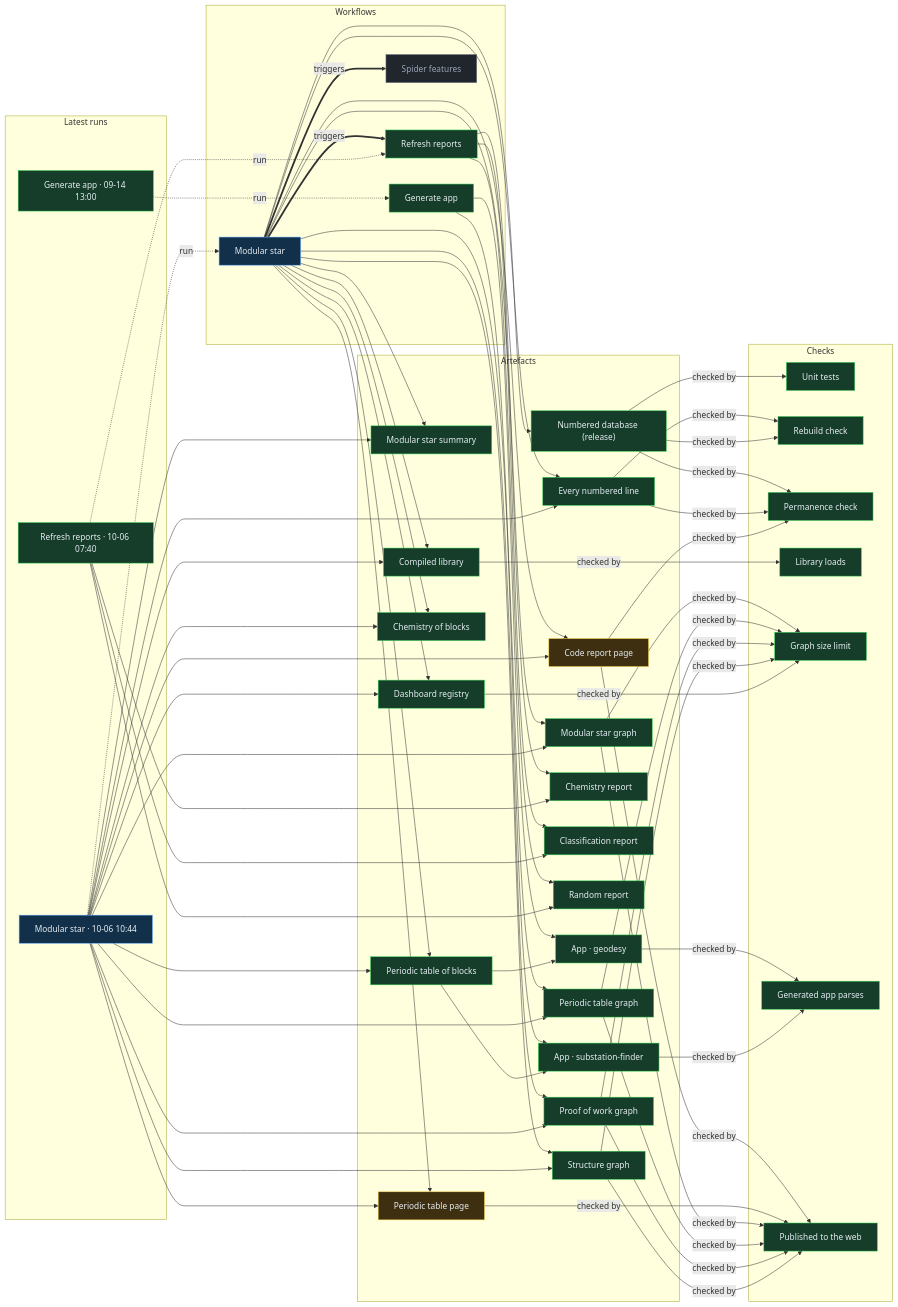
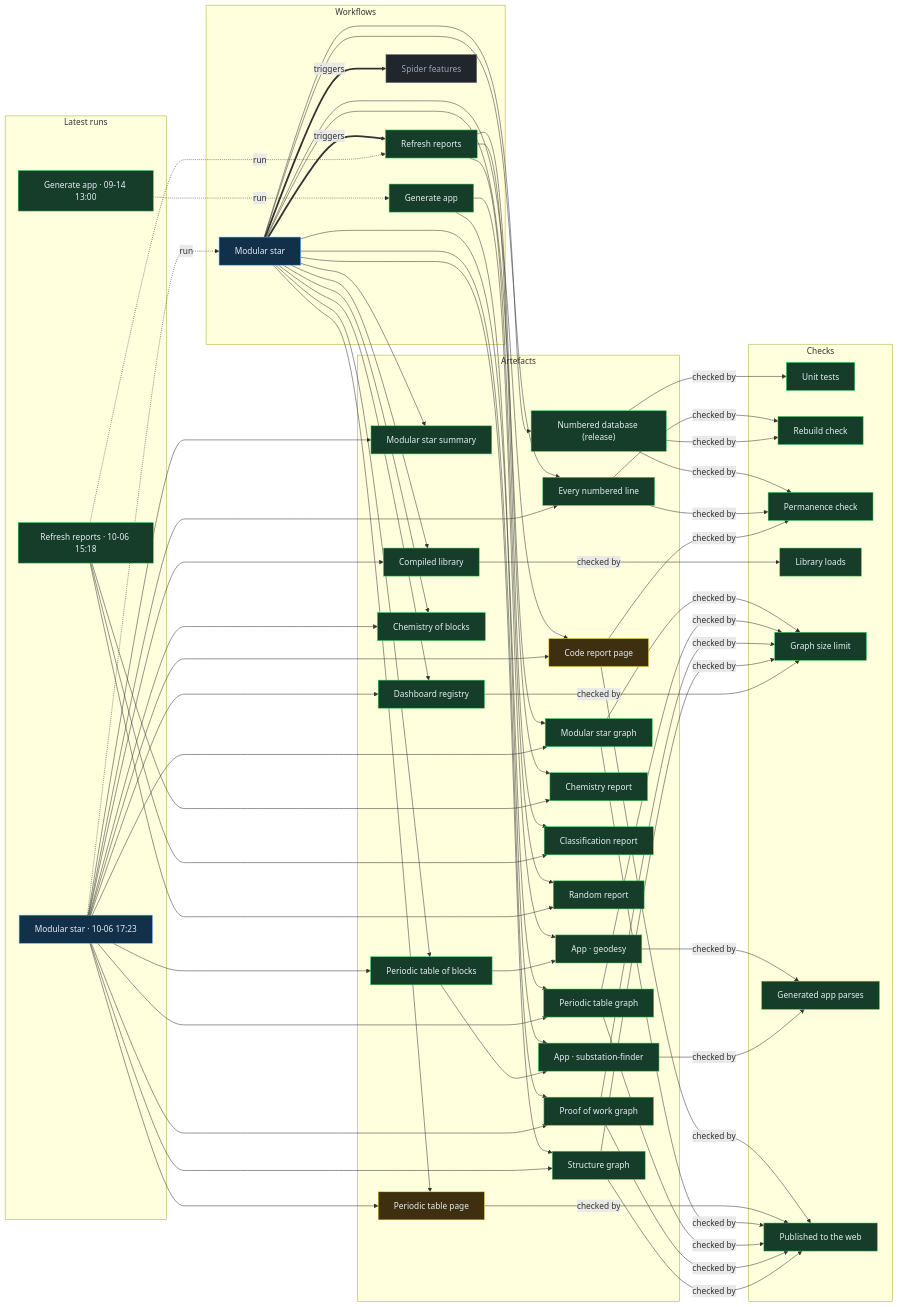
One commit to Ventusltd/stars changed the diagram in proof/PROOF.md. Above: the diagram before and after it, drawn with Mermaid. The commit also changed other lines of this file and 34 other files, not shown here.

Commit message:
Modular star 2026-10-06T17:25Z

```diff
--- a/proof/PROOF.md
+++ b/proof/PROOF.md
@@ -24,8 +24,8 @@
   n_wf_spider_features["Spider features"]:::off
   end
   subgraph g_runs["Latest runs"]
-  n_run_37451802702["Modular star · 10-06 10:44"]:::live
-  n_run_37431109423["Refresh reports · 10-06 07:40"]:::ok
+  n_run_37503162626["Modular star · 10-06 17:23"]:::live
+  n_run_37486415772["Refresh reports · 10-06 15:18"]:::ok
   n_run_34846587798["Generate app · 09-14 13:00"]:::ok
   end
   subgraph g_artefacts["Artefacts"]
@@ -59,39 +59,39 @@
   end
   n_wf_modular_star == triggers ==> n_wf_refresh
   n_wf_modular_star == triggers ==> n_wf_spider_features
-  n_run_37451802702 -. run .-> n_wf_modular_star
-  n_run_37431109423 -. run .-> n_wf_refresh
+  n_run_37503162626 -. run .-> n_wf_modular_star
+  n_run_37486415772 -. run .-> n_wf_refresh
   n_run_34846587798 -. run .-> n_wf_generate
   n_wf_modular_star --> n_art_summary
-  n_run_37451802702 --> n_art_summary
+  n_run_37503162626 --> n_art_summary
   n_wf_modular_star --> n_art_lines
-  n_run_37451802702 --> n_art_lines
+  n_run_37503162626 --> n_art_lines
   n_wf_modular_star --> n_art_code
-  n_run_37451802702 --> n_art_code
+  n_run_37503162626 --> n_art_code
   n_wf_modular_star --> n_art_modular_graph
-  n_run_37451802702 --> n_art_modular_graph
+  n_run_37503162626 --> n_art_modular_graph
   n_wf_modular_star --> n_art_blocks
-  n_run_37451802702 --> n_art_blocks
+  n_run_37503162626 --> n_art_blocks
   n_wf_modular_star --> n_art_table
-  n_run_37451802702 --> n_art_table
+  n_run_37503162626 --> n_art_table
   n_wf_modular_star --> n_art_blocks_graph
-  n_run_37451802702 --> n_art_blocks_graph
+  n_run_37503162626 --> n_art_blocks_graph
   n_wf_modular_star --> n_art_reactions
-  n_run_37451802702 --> n_art_reactions
+  n_run_37503162626 --> n_art_reactions
   n_wf_modular_star --> n_art_library
-  n_run_37451802702 --> n_art_library
+  n_run_37503162626 --> n_art_library
   n_wf_modular_star --> n_art_features
-  n_run_37451802702 --> n_art_features
+  n_run_37503162626 --> n_art_features
   n_wf_modular_star --> n_art_proof
-  n_run_37451802702 --> n_art_proof
+  n_run_37503162626 --> n_art_proof
   n_wf_modular_star --> n_art_structure
-  n_run_37451802702 --> n_art_structure
+  n_run_37503162626 --> n_art_structure
   n_wf_refresh --> n_art_chemistry
-  n_run_37431109423 --> n_art_chemistry
+  n_run_37486415772 --> n_art_chemistry
   n_wf_refresh --> n_art_vedic
-  n_run_37431109423 --> n_art_vedic
+  n_run_37486415772 --> n_art_vedic
   n_wf_refresh --> n_art_random
-  n_run_37431109423 --> n_art_random
+  n_run_37486415772 --> n_art_random
   n_wf_modular_star --> n_art_release
   n_wf_generate --> n_app_geodesy
   n_art_blocks --> n_app_geodesy
```
